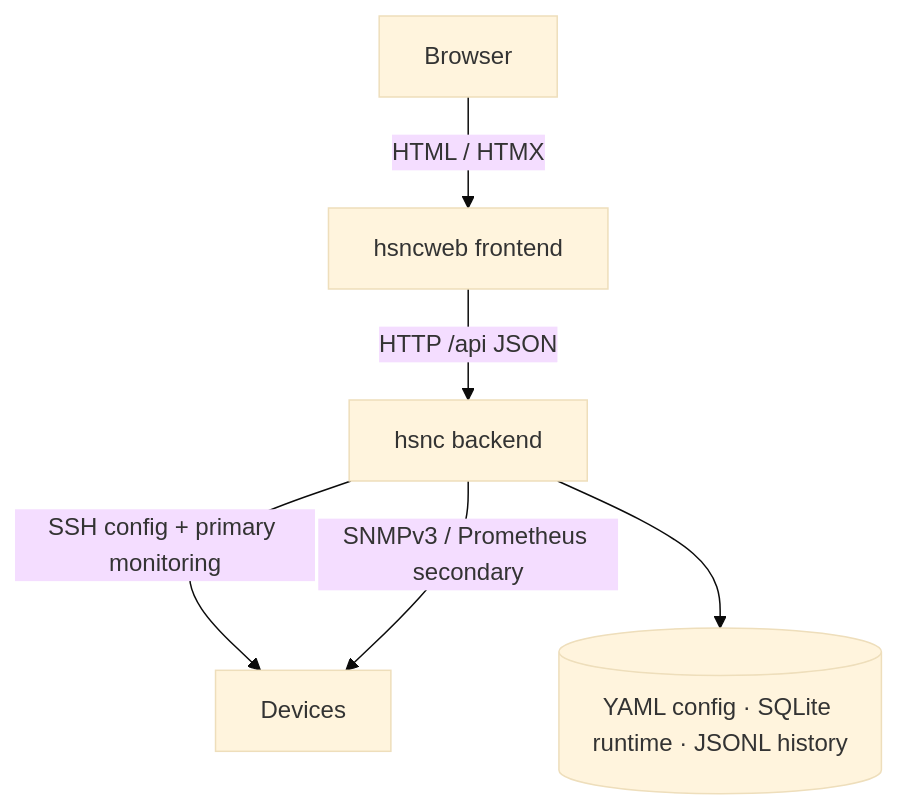
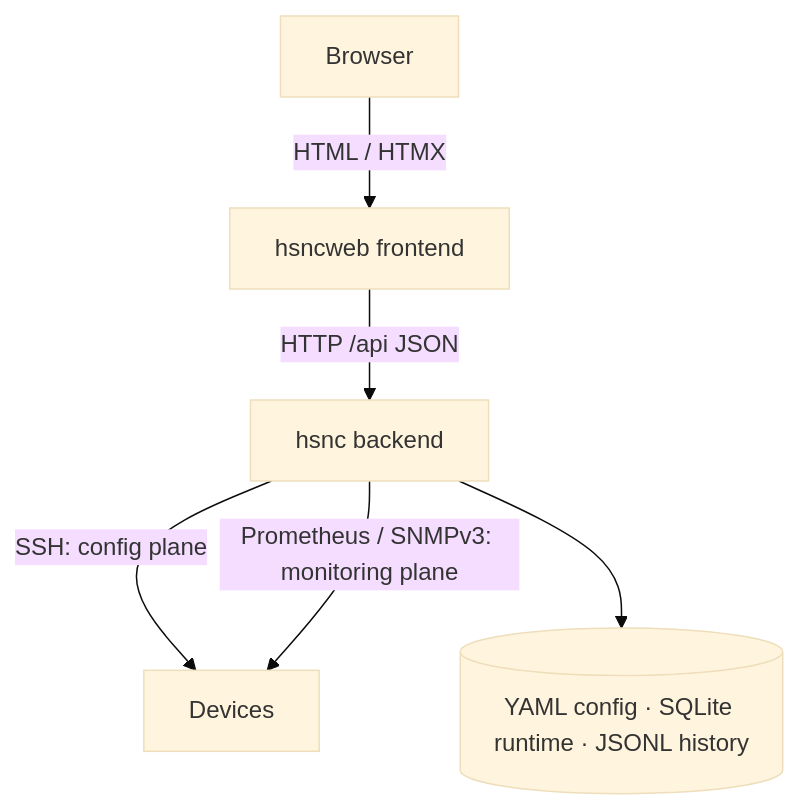
The first of 3 diagrams in docs/developer-guide/architecture.md (nanosonde/hsnc), drawn with Mermaid (base theme) before and after one commit. The commit also changed other lines of this file and 9 other files, not shown here.

Commit message:
docs: reflect non-SSH monitoring plane and drop primary/secondary

````diff
--- a/docs/developer-guide/architecture.md
+++ b/docs/developer-guide/architecture.md
@@ -8,8 +8,8 @@
 ```mermaid
 flowchart TB
     U[Browser] -->|HTML / HTMX| W[hsncweb frontend]
     W -->|HTTP /api JSON| B[hsnc backend]
-    B -->|SSH config + primary monitoring| DEV[Devices]
-    B -->|SNMPv3 / Prometheus secondary| DEV
+    B -->|SSH: config plane| DEV[Devices]
+    B -->|Prometheus / SNMPv3: monitoring plane| DEV
     B --> ST[(YAML config · SQLite runtime · JSONL history)]
 ```
````
